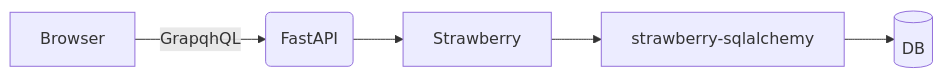
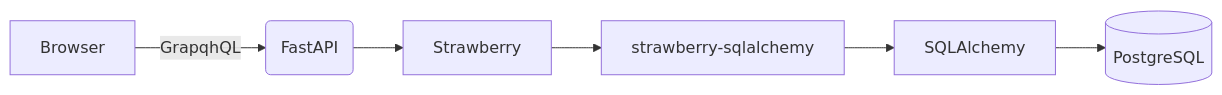
One commit to 0machi/FastAPI_Strawberry_strawberry-sqlalchemy_DemoApp changed the diagram in README.md. Above: the diagram before and after it, drawn with Mermaid.

Commit message:
README.md

````diff
--- a/README.md
+++ b/README.md
@@ -3,7 +3,8 @@
 ```mermaid
 flowchart LR
     A[Browser] -->|GrapqhQL| B(FastAPI)
     B --> C[Strawberry]
     C --> D[strawberry-sqlalchemy]
-    D --> E[(DB)]
+    D --> E[SQLAlchemy]
+    E --> F[(PostgreSQL)]
 ```
````
